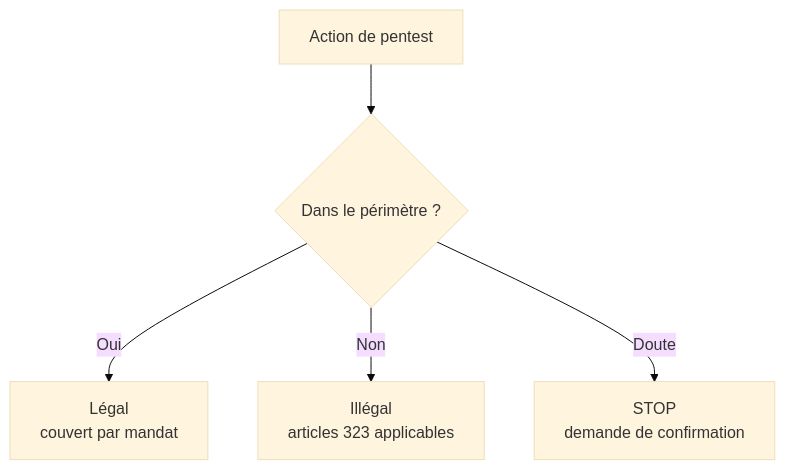
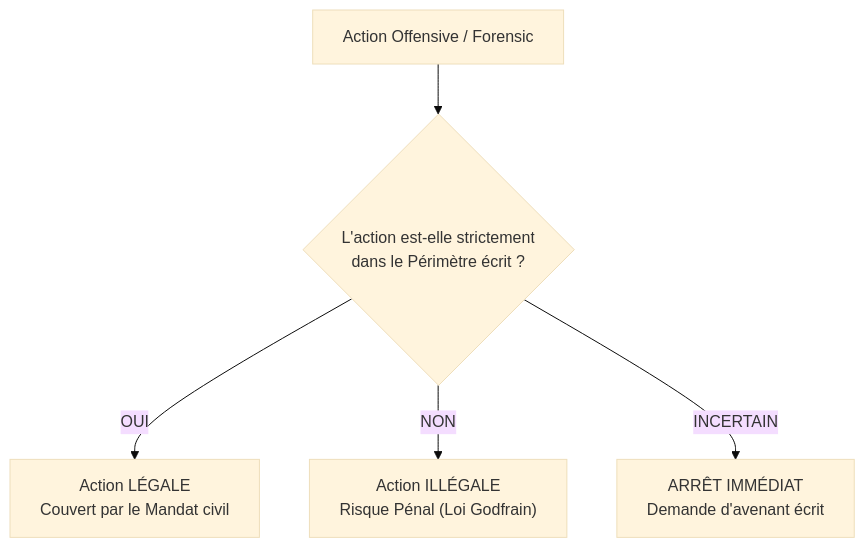
Before and after one commit to zyrass/omnydocs: the third of 4 diagrams in docs/cursus-forensic/01-cycle-0-fondations/module-1-legislation/10-cadre-pentest-legal.md, drawn with Mermaid (base theme). The commit also changed other lines of this file and 171 other files, not shown here.

````diff
--- a/docs/cursus-forensic/01-cycle-0-fondations/module-1-legislation/10-cadre-pentest-legal.md
+++ b/docs/cursus-forensic/01-cycle-0-fondations/module-1-legislation/10-cadre-pentest-legal.md
@@ -268,7 +150,7 @@
 ```mermaid
 flowchart TB
-    A[Action de pentest] --> B{Dans le périmètre ?}
-    B -->|Oui| C[Légal<br>couvert par mandat]
-    B -->|Non| D[Illégal<br>articles 323 applicables]
-    B -->|Doute| E[STOP<br>demande de confirmation]
+    A["Action Offensive / Forensic"] --> B{"L'action est-elle strictement<br>dans le Périmètre écrit ?"}
+    B -->|"OUI"| C["Action LÉGALE<br>Couvert par le Mandat civil"]
+    B -->|"NON"| D["Action ILLÉGALE<br>Risque Pénal (Loi Godfrain)"]
+    B -->|"INCERTAIN"| E["ARRÊT IMMÉDIAT<br>Demande d'avenant écrit"]
 ```
````
